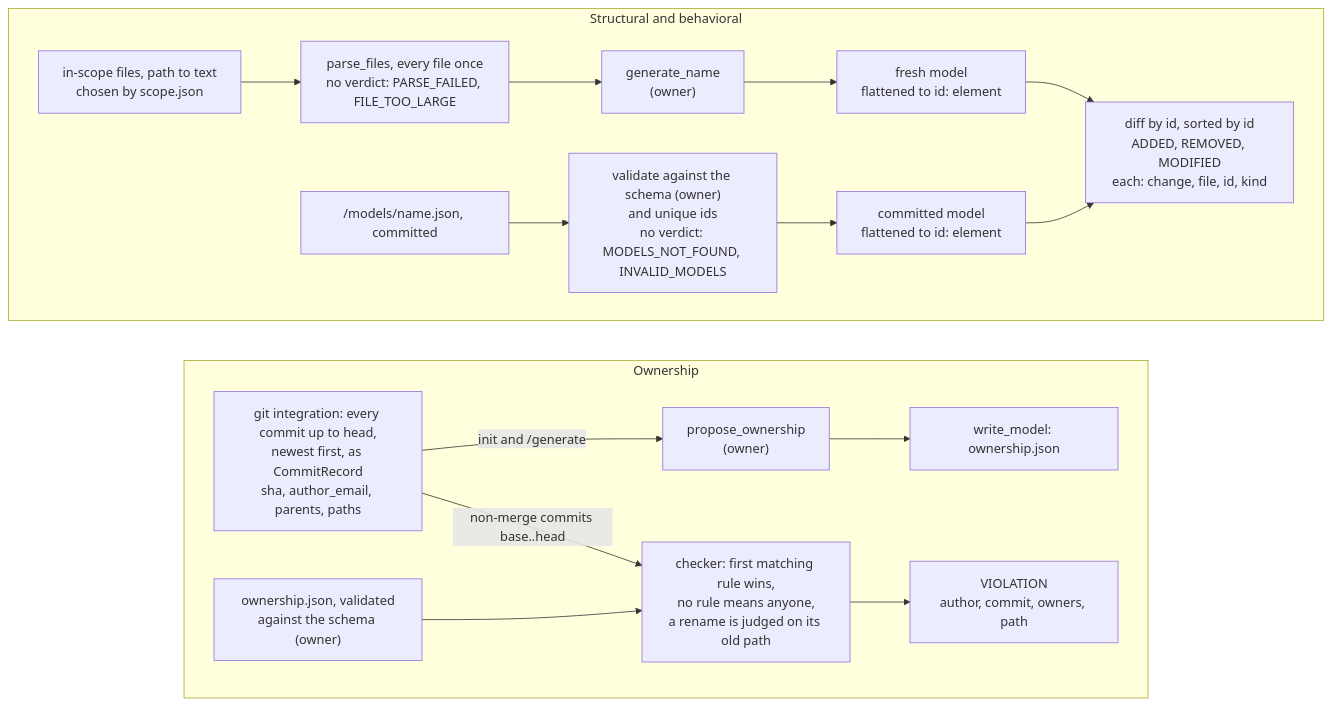
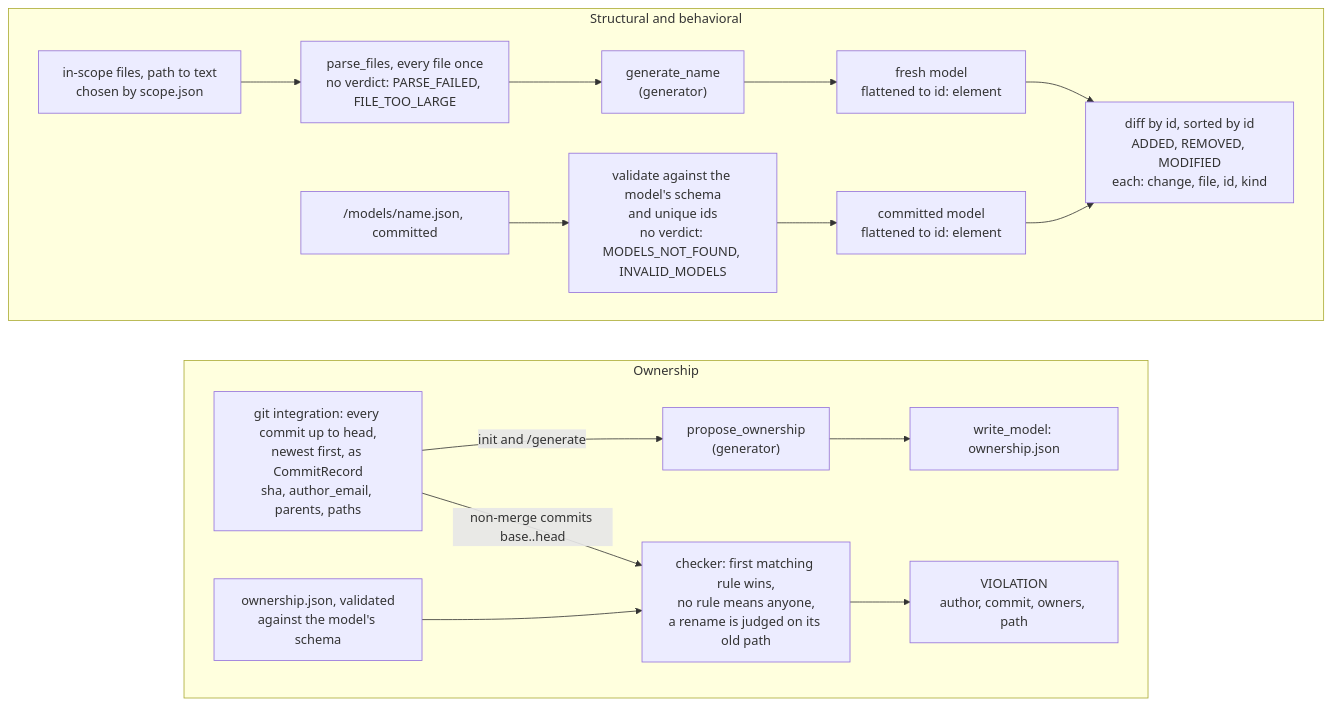
The diagram in docs/diagrams/model-seam.md (MuhammadSban/DocumentationModelDrifter), drawn with Mermaid before and after one commit. The commit also changed other lines of this file and 3 other files, not shown here.

````diff
--- a/docs/diagrams/model-seam.md
+++ b/docs/diagrams/model-seam.md
@@ -36,24 +36,24 @@
 ```mermaid
 flowchart TB
     accTitle: The model seam in one check
-    accDescr: For structural and behavioral, the core parses the in-scope files, calls the owner's generator, validates the committed model against the owner's schema, flattens both to a map from id to element and diffs them by id. For ownership, the core builds commit records, the owner's propose function turns them into ownership.json at init, and the core's checker judges each commit against those rules.
+    accDescr: For structural and behavioral, the core parses the in-scope files, calls the model's generator, validates the committed model against the model's schema, flattens both to a map from id to element and diffs them by id. For ownership, the core builds commit records, propose_ownership turns them into ownership.json at init, and the core's checker judges each commit against those rules.
 
     subgraph SB[Structural and behavioral]
         Files[in-scope files, path to text<br/>chosen by scope.json] --> Parse[parse_files, every file once<br/>no verdict: PARSE_FAILED, FILE_TOO_LARGE]
-        Parse --> Gen["generate_name<br/>(owner)"]
+        Parse --> Gen["generate_name<br/>(generator)"]
         Gen --> Fresh[fresh model<br/>flattened to id: element]
-        Committed["/models/name.json, committed"] --> Valid["validate against the schema (owner)<br/>and unique ids<br/>no verdict: MODELS_NOT_FOUND, INVALID_MODELS"]
+        Committed["/models/name.json, committed"] --> Valid["validate against the model's schema<br/>and unique ids<br/>no verdict: MODELS_NOT_FOUND, INVALID_MODELS"]
         Valid --> Old[committed model<br/>flattened to id: element]
         Fresh & Old --> Diff[diff by id, sorted by id<br/>ADDED, REMOVED, MODIFIED<br/>each: change, file, id, kind]
     end
 
     subgraph OW[Ownership]
         Log[git integration: every commit up to head,<br/>newest first, as CommitRecord<br/>sha, author_email, parents, paths]
-        Log -- init and /generate --> Prop["propose_ownership<br/>(owner)"] --> Write[write_model: ownership.json]
+        Log -- init and /generate --> Prop["propose_ownership<br/>(generator)"] --> Write[write_model: ownership.json]
         Log -- non-merge commits base..head --> Check[checker: first matching rule wins,<br/>no rule means anyone,<br/>a rename is judged on its old path]
-        Rules["ownership.json, validated<br/>against the schema (owner)"] --> Check
+        Rules["ownership.json, validated<br/>against the model's schema"] --> Check
         Check --> Viol[VIOLATION<br/>author, commit, owners, path]
     end
 
     SB ~~~ OW
 ```
````
